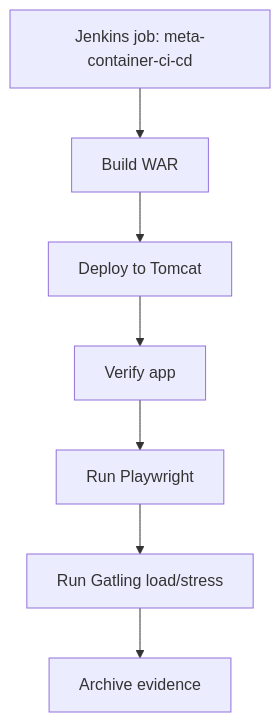
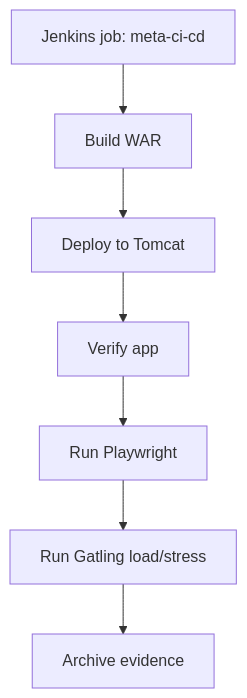
Before and after one commit to y0ncha/meta-final-project: the second of 3 diagrams in docs/architecture.md, drawn with Mermaid. The commit also changed other lines of this file and 14 other files, not shown here.

Commit message:
Rename Jenkins CI/CD job to meta-ci-cd

````diff
--- a/docs/architecture.md
+++ b/docs/architecture.md
@@ -26,9 +26,9 @@
 ```mermaid
 flowchart TD
-  Start["Jenkins job: meta-container-ci-cd"] --> Build["Build WAR"]
+  Start["Jenkins job: meta-ci-cd"] --> Build["Build WAR"]
   Build --> Deploy["Deploy to Tomcat"]
   Deploy --> Verify["Verify app"]
   Verify --> Browser["Run Playwright"]
   Browser --> Perf["Run Gatling load/stress"]
   Perf --> Done["Archive evidence"]
 ```
````
